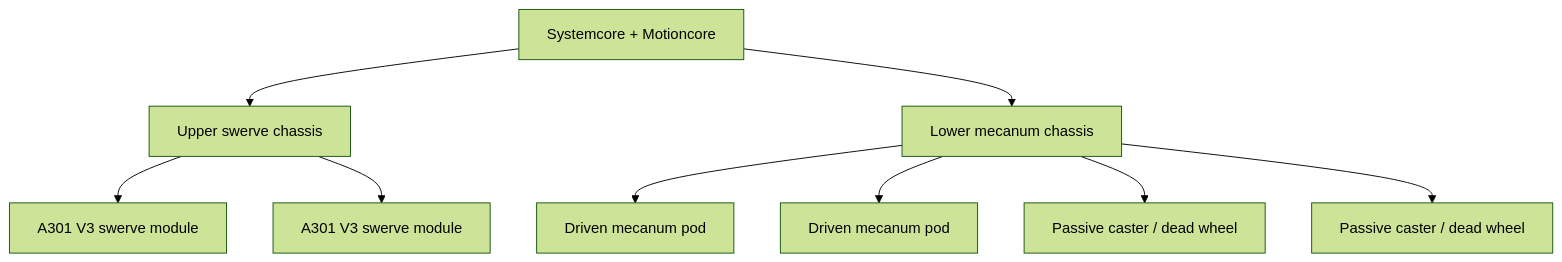
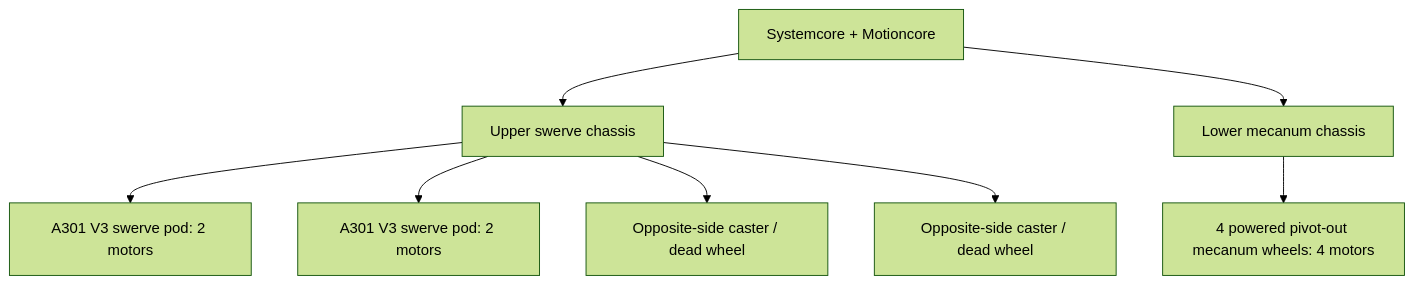
One commit to NYC-FIRST/SystemcoreTesting changed the diagram in CAD Models/A301 Chassis Swechanum/README.md. Above: the diagram before and after it, drawn with Mermaid (forest theme). The commit also changed other lines of this file, not shown here.

````diff
--- a/CAD Models/A301 Chassis Swechanum/README.md
+++ b/CAD Models/A301 Chassis Swechanum/README.md
@@ -30,11 +31,10 @@
 ```mermaid
 flowchart TB
     CONTROL["Systemcore + Motioncore"] --> UPPER["Upper swerve chassis"]
     CONTROL --> LOWER["Lower mecanum chassis"]
-    UPPER --> V3A["A301 V3 swerve module"]
-    UPPER --> V3B["A301 V3 swerve module"]
-    LOWER --> PODA["Driven mecanum pod"]
-    LOWER --> PODB["Driven mecanum pod"]
-    LOWER --> CASTERA["Passive caster / dead wheel"]
-    LOWER --> CASTERB["Passive caster / dead wheel"]
+    UPPER --> V3A["A301 V3 swerve pod: 2 motors"]
+    UPPER --> V3B["A301 V3 swerve pod: 2 motors"]
+    UPPER --> CASTERA["Opposite-side caster / dead wheel"]
+    UPPER --> CASTERB["Opposite-side caster / dead wheel"]
+    LOWER --> MECANUM["4 powered pivot-out mecanum wheels: 4 motors"]
 ```
````
